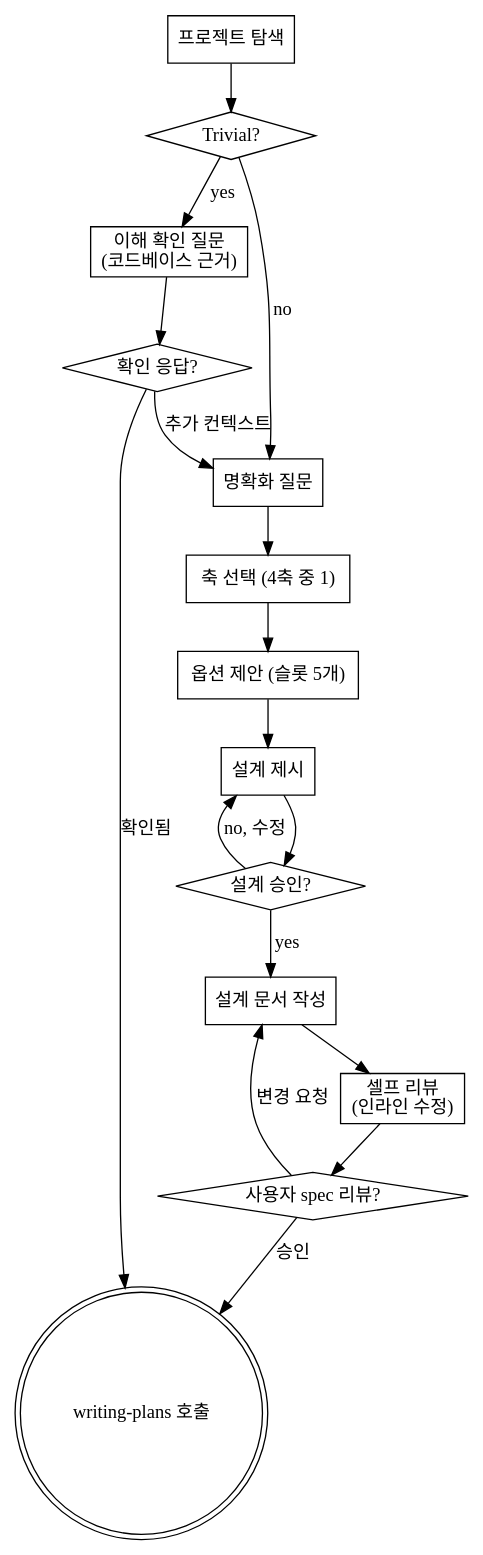
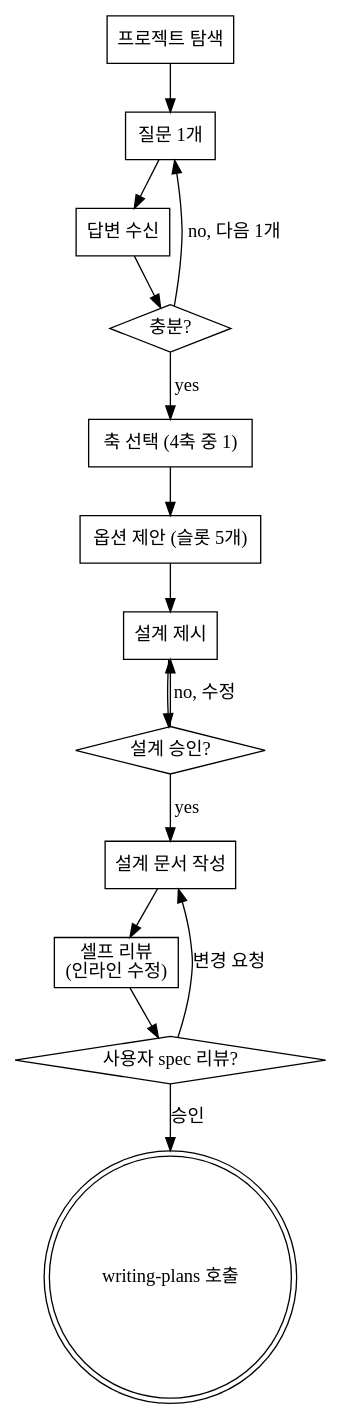
The diagram in skills/flirt/SKILL.md (TGoddessana/deep-kiss), drawn with Graphviz before and after one commit. The commit also changed other lines of this file and 2 other files, not shown here.

First line of the commit message:
flirt: Trivial 경로 제거 + 한 메시지 1질문 HARD-GATE (v0.2.0)

````diff
--- a/skills/flirt/SKILL.md
+++ b/skills/flirt/SKILL.md
@@ -56,34 +59,31 @@
 ```dot
 digraph flirt {
     "프로젝트 탐색" [shape=box];
-    "Trivial?" [shape=diamond];
-    "이해 확인 질문\n(코드베이스 근거)" [shape=box];
-    "확인 응답?" [shape=diamond];
-    "명확화 질문" [shape=box];
+    "질문 1개" [shape=box];
+    "답변 수신" [shape=box];
+    "충분?" [shape=diamond];
     "축 선택 (4축 중 1)" [shape=box];
     "옵션 제안 (슬롯 5개)" [shape=box];
     "설계 제시" [shape=box];
     "설계 승인?" [shape=diamond];
     "설계 문서 작성" [shape=box];
     "셀프 리뷰\n(인라인 수정)" [shape=box];
     "사용자 spec 리뷰?" [shape=diamond];
     "writing-plans 호출" [shape=doublecircle];
 
-    "프로젝트 탐색" -> "Trivial?";
-    "Trivial?" -> "이해 확인 질문\n(코드베이스 근거)" [label="yes"];
-    "Trivial?" -> "명확화 질문" [label="no"];
-    "이해 확인 질문\n(코드베이스 근거)" -> "확인 응답?";
-    "확인 응답?" -> "writing-plans 호출" [label="확인됨"];
-    "확인 응답?" -> "명확화 질문" [label="추가 컨텍스트"];
-    "명확화 질문" -> "축 선택 (4축 중 1)";
+    "프로젝트 탐색" -> "질문 1개";
+    "질문 1개" -> "답변 수신";
+    "답변 수신" -> "충분?";
+    "충분?" -> "질문 1개" [label="no, 다음 1개"];
+    "충분?" -> "축 선택 (4축 중 1)" [label="yes"];
     "축 선택 (4축 중 1)" -> "옵션 제안 (슬롯 5개)";
     "옵션 제안 (슬롯 5개)" -> "설계 제시";
     "설계 제시" -> "설계 승인?";
     "설계 승인?" -> "설계 제시" [label="no, 수정"];
     "설계 승인?" -> "설계 문서 작성" [label="yes"];
     "설계 문서 작성" -> "셀프 리뷰\n(인라인 수정)";
     "셀프 리뷰\n(인라인 수정)" -> "사용자 spec 리뷰?";
     "사용자 spec 리뷰?" -> "설계 문서 작성" [label="변경 요청"];
     "사용자 spec 리뷰?" -> "writing-plans 호출" [label="승인"];
 }
 ```
````
